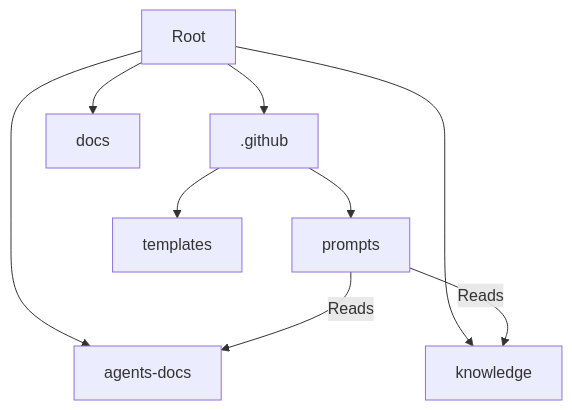
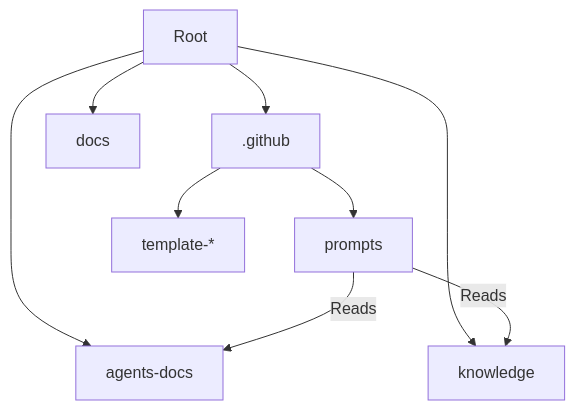
The diagram in agents-docs/directory-structure.md (LongbowXXX/terraformer), drawn with Mermaid before and after one commit. The commit also changed other lines of this file and 33 other files, not shown here.

````diff
--- a/agents-docs/directory-structure.md
+++ b/agents-docs/directory-structure.md
@@ -56,13 +56,13 @@
 ```mermaid
 graph TD
     Root[Root] --> Github[.github]
     Root --> AgentsDocs[agents-docs]
     Root --> Knowledge[knowledge]
     Root --> Docs[docs]
 
     Github --> Prompts[prompts]
-    Github --> Templates[templates]
+    Github --> Templates[template-*]
 
     Prompts -->|Reads| AgentsDocs
     Prompts -->|Reads| Knowledge
 ```
````
